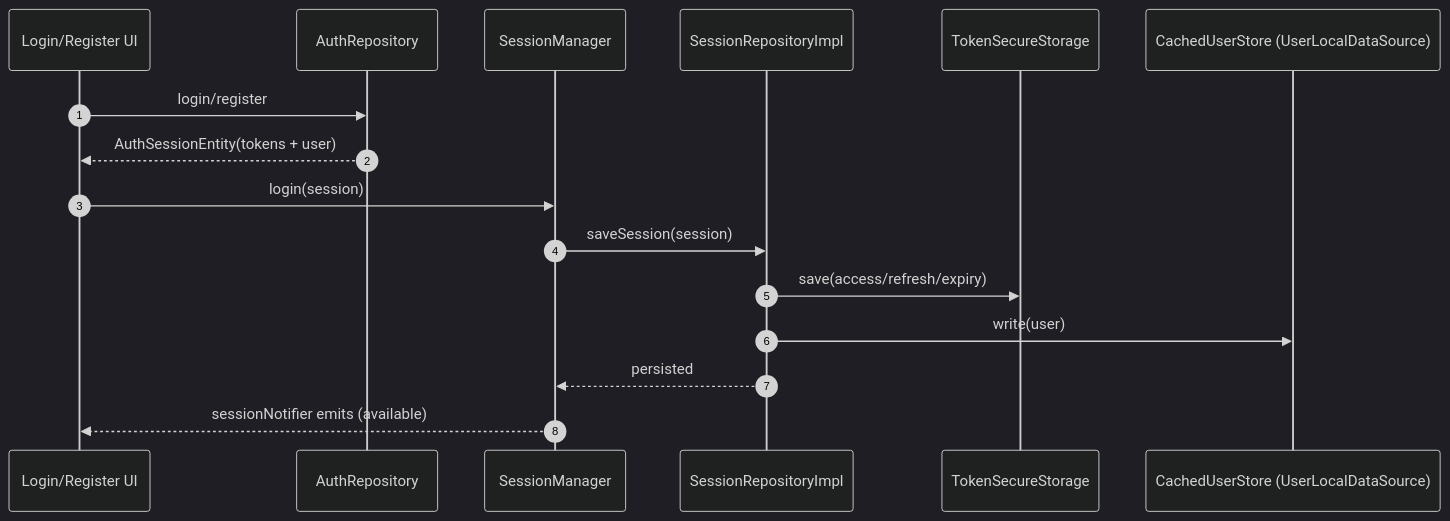
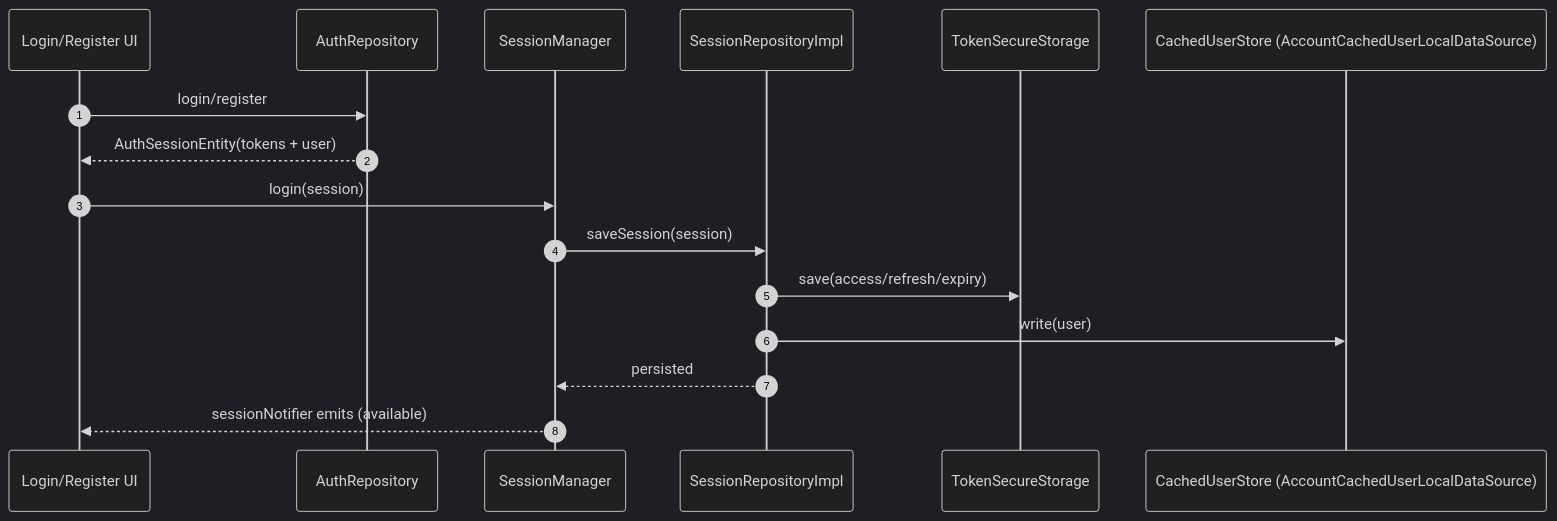
Before and after one commit to fikrilal/mobile-core-kit: the second of 5 diagrams in docs/core/session/flows.md, drawn with Mermaid (dark theme). The commit also changed other lines of this file and 50 other files, not shown here.

Commit message:
refactor(account): move current-user support to account root

````diff
--- a/docs/core/session/flows.md
+++ b/docs/core/session/flows.md
@@ -127,19 +127,19 @@
 ```mermaid
 sequenceDiagram
   autonumber
   participant UI as Login/Register UI
   participant Auth as AuthRepository
   participant Session as SessionManager
   participant Repo as SessionRepositoryImpl
   participant Secure as TokenSecureStorage
-  participant Cache as CachedUserStore (UserLocalDataSource)
+  participant Cache as CachedUserStore (AccountCachedUserLocalDataSource)
 
   UI->>Auth: login/register
   Auth-->>UI: AuthSessionEntity(tokens + user)
   UI->>Session: login(session)
   Session->>Repo: saveSession(session)
   Repo->>Secure: save(access/refresh/expiry)
   Repo->>Cache: write(user)
   Repo-->>Session: persisted
   Session-->>UI: sessionNotifier emits (available)
 ```
````
